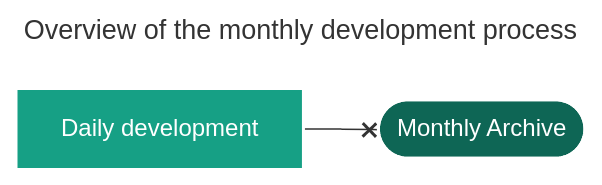
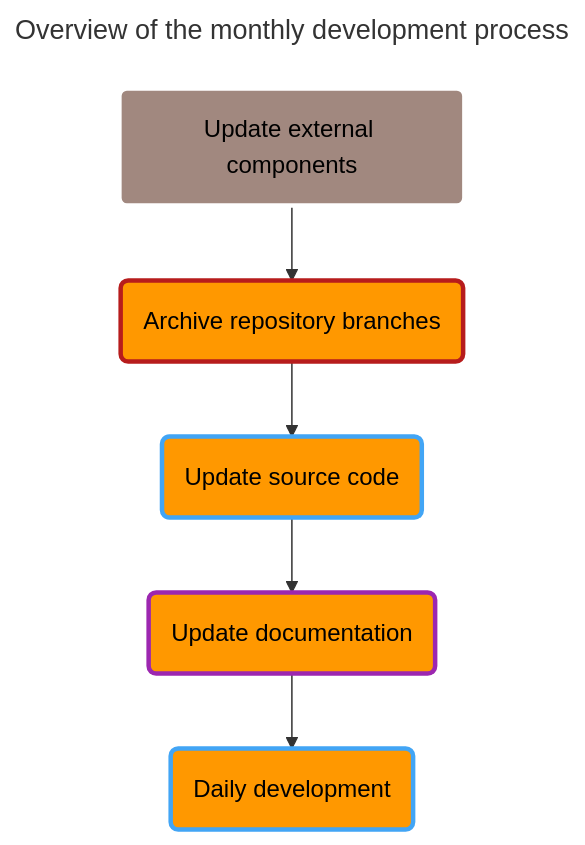
Before and after one commit to spectrum-health-systems/tingen-documentation: the third of 3 diagrams in Development/Development-processes.md, drawn with Mermaid. The commit also changed other lines of this file and 1 other file, not shown here.

````diff
--- a/Development/Development-processes.md
+++ b/Development/Development-processes.md
@@ -115,14 +129,20 @@
 ```mermaid
 ---
 title: Overview of the monthly development process
 ---
-flowchart LR
+flowchart TB
   %% Components
-  DailyDevelopment@{shape: rect, label: "Daily development"}
-  MonthlyArchive@{shape: stadium, label: "Monthly Archive"}
+  UpdateExternalComponents@{shape: rounded, label: "Update external components"}
+  ArchiveBranches@{shape: rounded, label: "Archive repository branches"}
+  UpdateSourceCode@{shape: rounded, label: "Update source code"}
+  UpdateDocumentation@{shape: rounded, label: "Update documentation"}
+  DailyDevelopment@{shape: rounded, label: "Daily development"}
   %% Layout
-  DailyDevelopment --x MonthlyArchive
+  UpdateExternalComponents --> ArchiveBranches --> UpdateSourceCode --> UpdateDocumentation --> DailyDevelopment
   %% Styles
-  style DailyDevelopment color:#FFF,fill:#16a085,stroke:#FFF,stroke-width:2px
-  style MonthlyArchive color:#FFF,fill:#0e6655,stroke:#FFF,stroke-width:2px
+  style UpdateExternalComponents color:#000,fill:#a1887f,stroke:#FFF,stroke-width:3px
+  style ArchiveBranches color:#000,fill:#ff9800,stroke:#b71c1c,stroke-width:3px
+  style UpdateSourceCode color:#000,fill:#ff9800,stroke:#42a5f5,stroke-width:3px
+  style UpdateDocumentation color:#000,fill:#ff9800,stroke:#9c27b0,stroke-width:3px
+  style DailyDevelopment color:#000,fill:#ff9800,stroke:#42a5f5,stroke-width:3px
 ```
````
